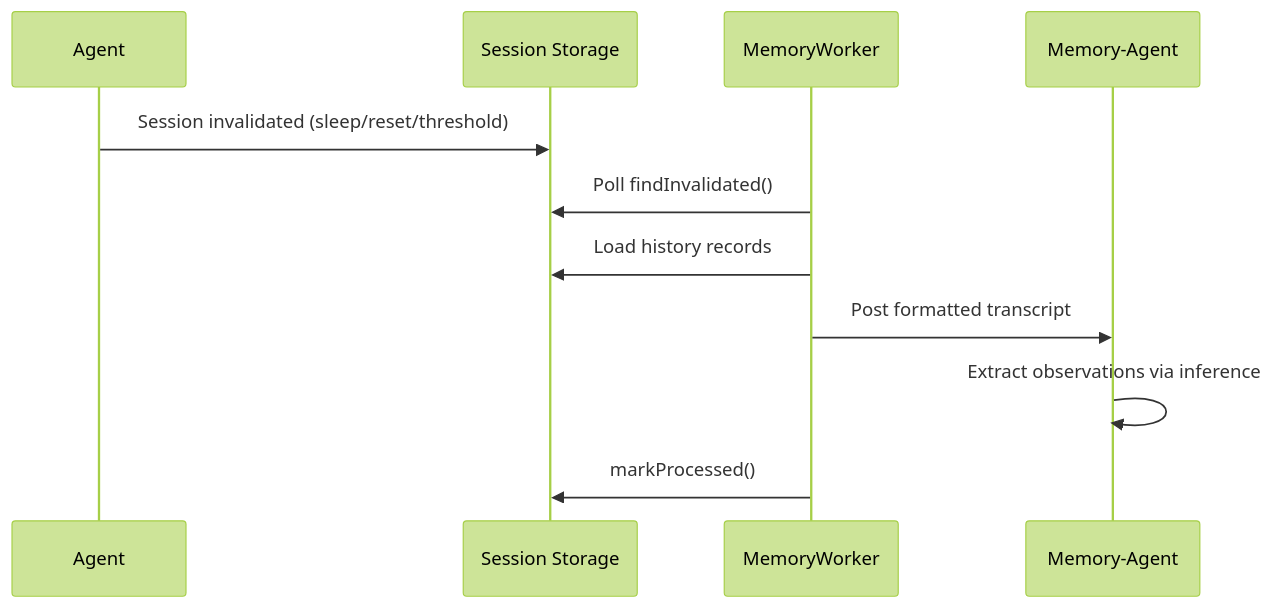
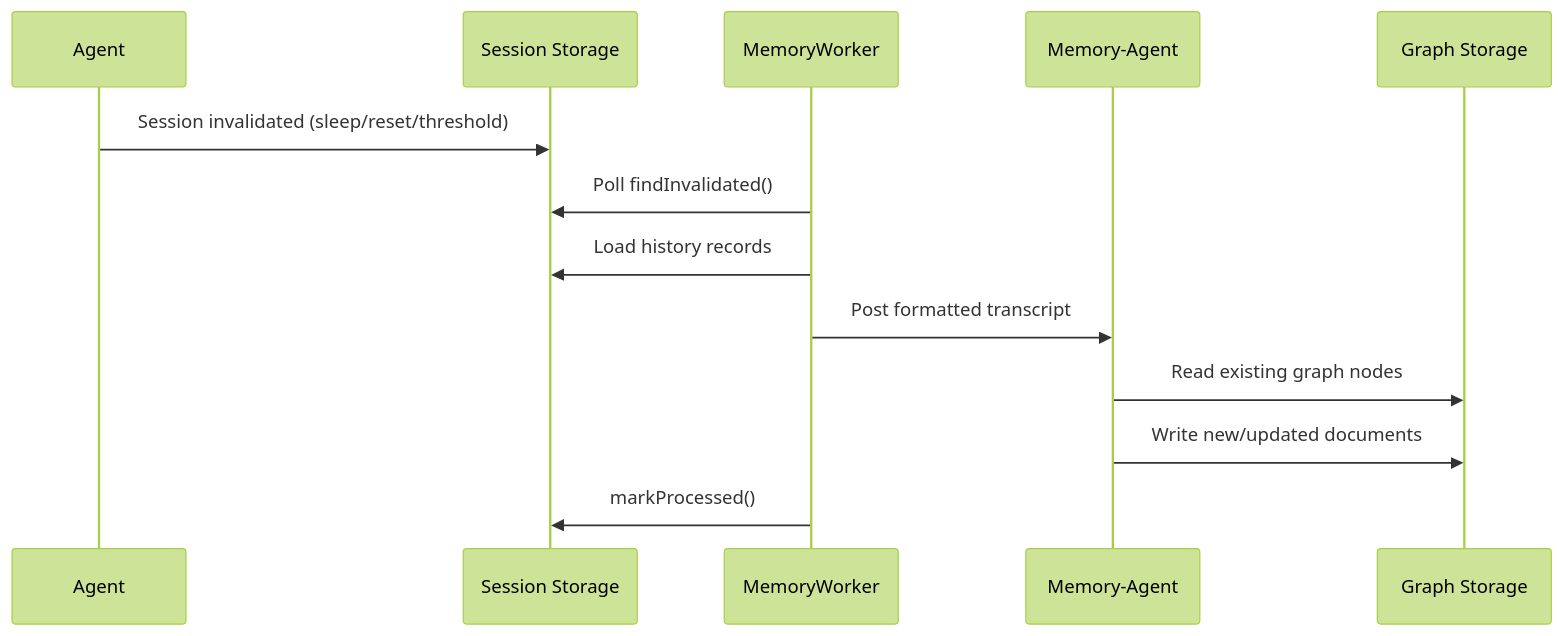
The diagram in doc/concepts/memory.md (ex3ndr/daycare), drawn with Mermaid (forest theme) before and after one commit. The commit also changed other lines of this file and 1 other file, not shown here.

First line of the commit message:
feat(memory): update memory-agent prompt for graph document updates

````diff
--- a/doc/concepts/memory.md
+++ b/doc/concepts/memory.md
@@ -7,14 +7,16 @@
 ```mermaid
 sequenceDiagram
     participant A as Agent
     participant S as Session Storage
     participant MW as MemoryWorker
     participant MA as Memory-Agent
+    participant G as Graph Storage
 
     A->>S: Session invalidated (sleep/reset/threshold)
     MW->>S: Poll findInvalidated()
     MW->>S: Load history records
     MW->>MA: Post formatted transcript
-    MA->>MA: Extract observations via inference
+    MA->>G: Read existing graph nodes
+    MA->>G: Write new/updated documents
     MW->>S: markProcessed()
 ```
````
